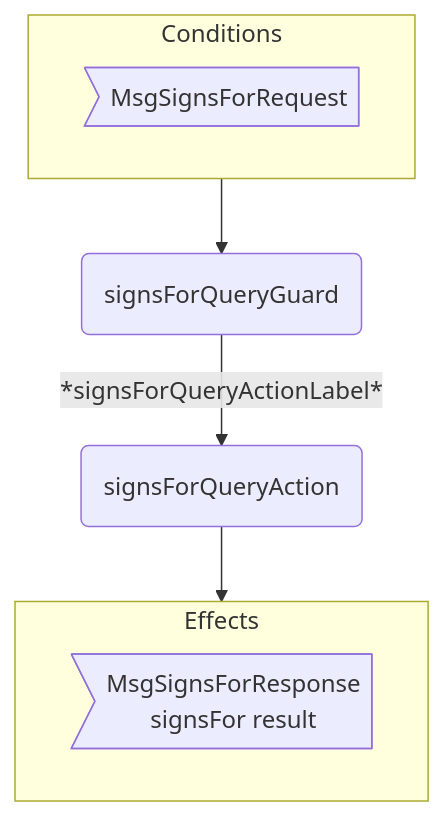
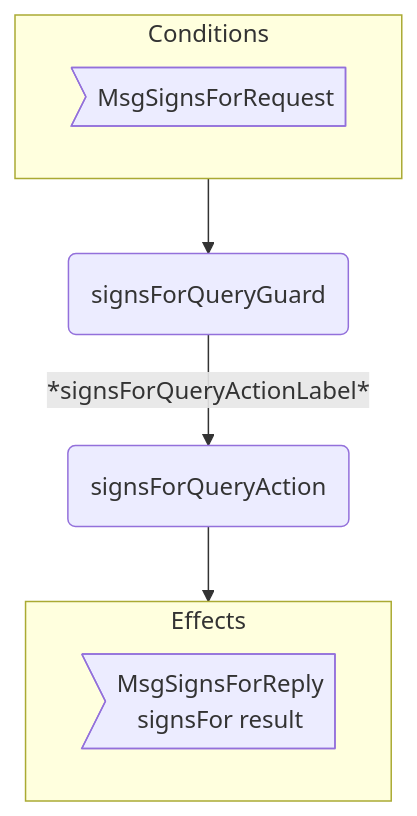
The first of 3 diagrams in docs/arch/node/engines/signs_for_behaviour.juvix.md (anoma/nspec), drawn with Mermaid before and after one commit. The commit also changed other lines of this file and 37 other files, not shown here.

Commit message:
Renamed all instances of "Response" to "Reply" in message interfaces for consistency across commitment, decryption, identity management, and other engines.

````diff
--- a/docs/arch/node/engines/signs_for_behaviour.juvix.md
+++ b/docs/arch/node/engines/signs_for_behaviour.juvix.md
@@ -529,15 +529,15 @@
 ```mermaid
 flowchart TD
   subgraph C[Conditions]
     CMsg>MsgSignsForRequest]
   end
 
   G(signsForQueryGuard)
   A(signsForQueryAction)
 
   C --> G -- *signsForQueryActionLabel* --> A --> E
 
   subgraph E[Effects]
-    EMsg>MsgSignsForResponse<br/>signsFor result]
+    EMsg>MsgSignsForReply<br/>signsFor result]
   end
 ```
````
